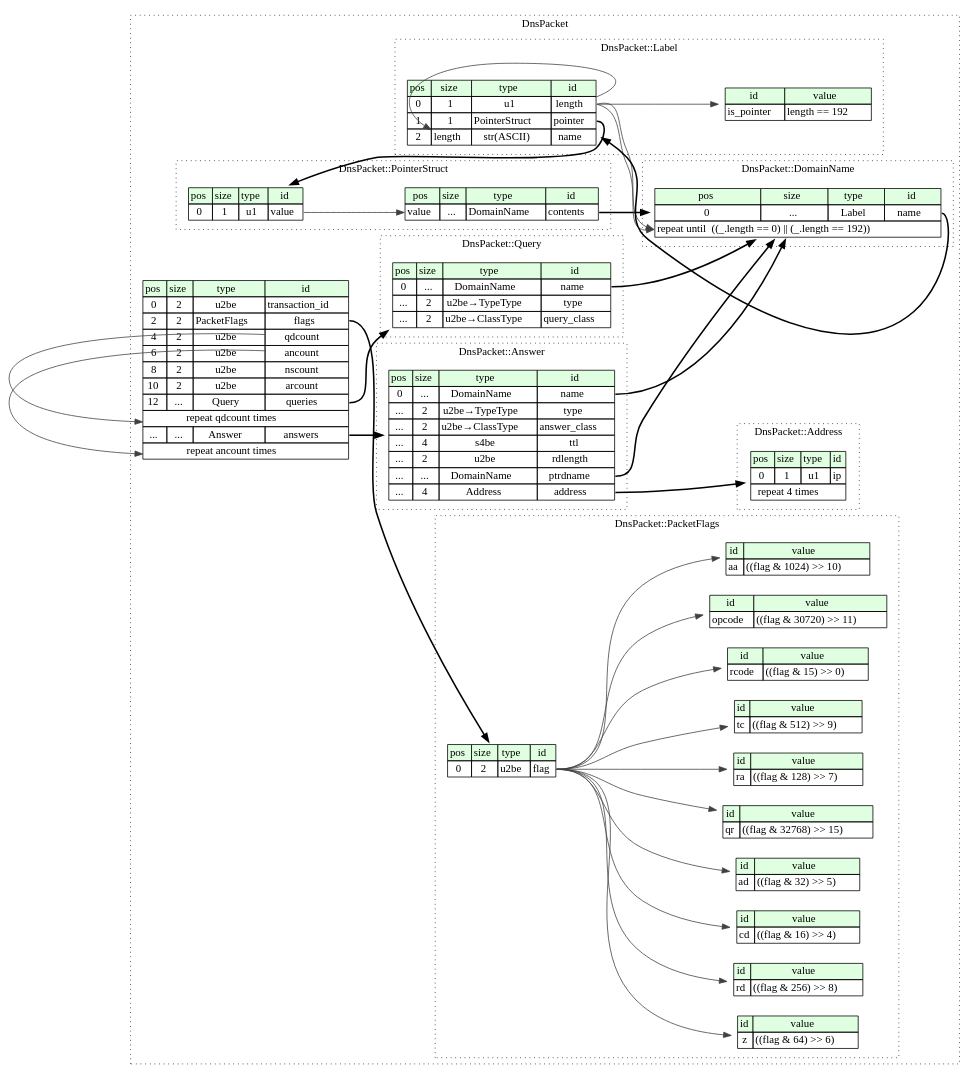
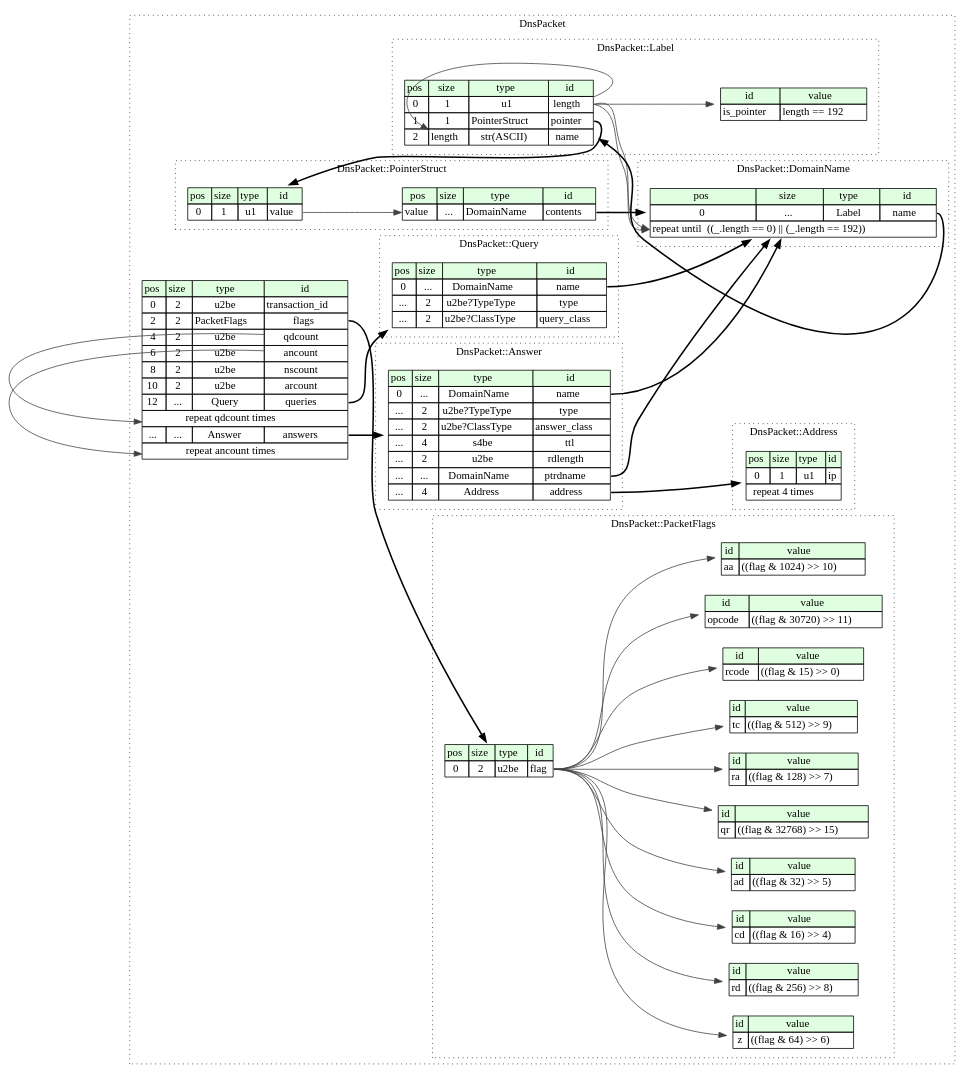
Before and after one commit to kaitai-io/formats-kaitai-io.github.io: the diagram in dns_packet/src/graphviz/dns_packet.dot, drawn with Graphviz. The commit also changed 589 other files, not shown here.

```diff
--- a/dns_packet/src/graphviz/dns_packet.dot
+++ b/dns_packet/src/graphviz/dns_packet.dot
@@ -1,172 +1,172 @@
 digraph {
 	rankdir=LR;
 	node [shape=plaintext];
 	subgraph cluster__dns_packet {
 		label="DnsPacket";
 		graph[style=dotted];
 
 		dns_packet__seq [label=<<TABLE BORDER="0" CELLBORDER="1" CELLSPACING="0">
 			<TR><TD BGCOLOR="#E0FFE0">pos</TD><TD BGCOLOR="#E0FFE0">size</TD><TD BGCOLOR="#E0FFE0">type</TD><TD BGCOLOR="#E0FFE0">id</TD></TR>
 			<TR><TD PORT="transaction_id_pos">0</TD><TD PORT="transaction_id_size">2</TD><TD>u2be</TD><TD PORT="transaction_id_type">transaction_id</TD></TR>
 			<TR><TD PORT="flags_pos">2</TD><TD PORT="flags_size">2</TD><TD>PacketFlags</TD><TD PORT="flags_type">flags</TD></TR>
 			<TR><TD PORT="qdcount_pos">4</TD><TD PORT="qdcount_size">2</TD><TD>u2be</TD><TD PORT="qdcount_type">qdcount</TD></TR>
 			<TR><TD PORT="ancount_pos">6</TD><TD PORT="ancount_size">2</TD><TD>u2be</TD><TD PORT="ancount_type">ancount</TD></TR>
 			<TR><TD PORT="nscount_pos">8</TD><TD PORT="nscount_size">2</TD><TD>u2be</TD><TD PORT="nscount_type">nscount</TD></TR>
 			<TR><TD PORT="arcount_pos">10</TD><TD PORT="arcount_size">2</TD><TD>u2be</TD><TD PORT="arcount_type">arcount</TD></TR>
 			<TR><TD PORT="queries_pos">12</TD><TD PORT="queries_size">...</TD><TD>Query</TD><TD PORT="queries_type">queries</TD></TR>
 			<TR><TD COLSPAN="4" PORT="queries__repeat">repeat qdcount times</TD></TR>
 			<TR><TD PORT="answers_pos">...</TD><TD PORT="answers_size">...</TD><TD>Answer</TD><TD PORT="answers_type">answers</TD></TR>
 			<TR><TD COLSPAN="4" PORT="answers__repeat">repeat ancount times</TD></TR>
 		</TABLE>>];
 		subgraph cluster__pointer_struct {
 			label="DnsPacket::PointerStruct";
 			graph[style=dotted];
 
 			pointer_struct__seq [label=<<TABLE BORDER="0" CELLBORDER="1" CELLSPACING="0">
 				<TR><TD BGCOLOR="#E0FFE0">pos</TD><TD BGCOLOR="#E0FFE0">size</TD><TD BGCOLOR="#E0FFE0">type</TD><TD BGCOLOR="#E0FFE0">id</TD></TR>
 				<TR><TD PORT="value_pos">0</TD><TD PORT="value_size">1</TD><TD>u1</TD><TD PORT="value_type">value</TD></TR>
 			</TABLE>>];
 			pointer_struct__inst__contents [label=<<TABLE BORDER="0" CELLBORDER="1" CELLSPACING="0">
 				<TR><TD BGCOLOR="#E0FFE0">pos</TD><TD BGCOLOR="#E0FFE0">size</TD><TD BGCOLOR="#E0FFE0">type</TD><TD BGCOLOR="#E0FFE0">id</TD></TR>
 				<TR><TD PORT="contents_pos">value</TD><TD PORT="contents_size">...</TD><TD>DomainName</TD><TD PORT="contents_type">contents</TD></TR>
 			</TABLE>>];
 		}
 		subgraph cluster__label {
 			label="DnsPacket::Label";
 			graph[style=dotted];
 
 			label__seq [label=<<TABLE BORDER="0" CELLBORDER="1" CELLSPACING="0">
 				<TR><TD BGCOLOR="#E0FFE0">pos</TD><TD BGCOLOR="#E0FFE0">size</TD><TD BGCOLOR="#E0FFE0">type</TD><TD BGCOLOR="#E0FFE0">id</TD></TR>
 				<TR><TD PORT="length_pos">0</TD><TD PORT="length_size">1</TD><TD>u1</TD><TD PORT="length_type">length</TD></TR>
 				<TR><TD PORT="pointer_pos">1</TD><TD PORT="pointer_size">1</TD><TD>PointerStruct</TD><TD PORT="pointer_type">pointer</TD></TR>
 				<TR><TD PORT="name_pos">2</TD><TD PORT="name_size">length</TD><TD>str(ASCII)</TD><TD PORT="name_type">name</TD></TR>
 			</TABLE>>];
 			label__inst__is_pointer [label=<<TABLE BORDER="0" CELLBORDER="1" CELLSPACING="0">
 				<TR><TD BGCOLOR="#E0FFE0">id</TD><TD BGCOLOR="#E0FFE0">value</TD></TR>
 				<TR><TD>is_pointer</TD><TD>length == 192</TD></TR>
 			</TABLE>>];
 		}
 		subgraph cluster__query {
 			label="DnsPacket::Query";
 			graph[style=dotted];
 
 			query__seq [label=<<TABLE BORDER="0" CELLBORDER="1" CELLSPACING="0">
 				<TR><TD BGCOLOR="#E0FFE0">pos</TD><TD BGCOLOR="#E0FFE0">size</TD><TD BGCOLOR="#E0FFE0">type</TD><TD BGCOLOR="#E0FFE0">id</TD></TR>
 				<TR><TD PORT="name_pos">0</TD><TD PORT="name_size">...</TD><TD>DomainName</TD><TD PORT="name_type">name</TD></TR>
-				<TR><TD PORT="type_pos">...</TD><TD PORT="type_size">2</TD><TD>u2be→TypeType</TD><TD PORT="type_type">type</TD></TR>
-				<TR><TD PORT="query_class_pos">...</TD><TD PORT="query_class_size">2</TD><TD>u2be→ClassType</TD><TD PORT="query_class_type">query_class</TD></TR>
+				<TR><TD PORT="type_pos">...</TD><TD PORT="type_size">2</TD><TD>u2be?TypeType</TD><TD PORT="type_type">type</TD></TR>
+				<TR><TD PORT="query_class_pos">...</TD><TD PORT="query_class_size">2</TD><TD>u2be?ClassType</TD><TD PORT="query_class_type">query_class</TD></TR>
 			</TABLE>>];
 		}
 		subgraph cluster__domain_name {
 			label="DnsPacket::DomainName";
 			graph[style=dotted];
 
 			domain_name__seq [label=<<TABLE BORDER="0" CELLBORDER="1" CELLSPACING="0">
 				<TR><TD BGCOLOR="#E0FFE0">pos</TD><TD BGCOLOR="#E0FFE0">size</TD><TD BGCOLOR="#E0FFE0">type</TD><TD BGCOLOR="#E0FFE0">id</TD></TR>
 				<TR><TD PORT="name_pos">0</TD><TD PORT="name_size">...</TD><TD>Label</TD><TD PORT="name_type">name</TD></TR>
 				<TR><TD COLSPAN="4" PORT="name__repeat">repeat until  ((_.length == 0) || (_.length == 192)) </TD></TR>
 			</TABLE>>];
 		}
 		subgraph cluster__address {
 			label="DnsPacket::Address";
 			graph[style=dotted];
 
 			address__seq [label=<<TABLE BORDER="0" CELLBORDER="1" CELLSPACING="0">
 				<TR><TD BGCOLOR="#E0FFE0">pos</TD><TD BGCOLOR="#E0FFE0">size</TD><TD BGCOLOR="#E0FFE0">type</TD><TD BGCOLOR="#E0FFE0">id</TD></TR>
 				<TR><TD PORT="ip_pos">0</TD><TD PORT="ip_size">1</TD><TD>u1</TD><TD PORT="ip_type">ip</TD></TR>
 				<TR><TD COLSPAN="4" PORT="ip__repeat">repeat 4 times</TD></TR>
 			</TABLE>>];
 		}
 		subgraph cluster__answer {
 			label="DnsPacket::Answer";
 			graph[style=dotted];
 
 			answer__seq [label=<<TABLE BORDER="0" CELLBORDER="1" CELLSPACING="0">
 				<TR><TD BGCOLOR="#E0FFE0">pos</TD><TD BGCOLOR="#E0FFE0">size</TD><TD BGCOLOR="#E0FFE0">type</TD><TD BGCOLOR="#E0FFE0">id</TD></TR>
 				<TR><TD PORT="name_pos">0</TD><TD PORT="name_size">...</TD><TD>DomainName</TD><TD PORT="name_type">name</TD></TR>
-				<TR><TD PORT="type_pos">...</TD><TD PORT="type_size">2</TD><TD>u2be→TypeType</TD><TD PORT="type_type">type</TD></TR>
-				<TR><TD PORT="answer_class_pos">...</TD><TD PORT="answer_class_size">2</TD><TD>u2be→ClassType</TD><TD PORT="answer_class_type">answer_class</TD></TR>
+				<TR><TD PORT="type_pos">...</TD><TD PORT="type_size">2</TD><TD>u2be?TypeType</TD><TD PORT="type_type">type</TD></TR>
+				<TR><TD PORT="answer_class_pos">...</TD><TD PORT="answer_class_size">2</TD><TD>u2be?ClassType</TD><TD PORT="answer_class_type">answer_class</TD></TR>
 				<TR><TD PORT="ttl_pos">...</TD><TD PORT="ttl_size">4</TD><TD>s4be</TD><TD PORT="ttl_type">ttl</TD></TR>
 				<TR><TD PORT="rdlength_pos">...</TD><TD PORT="rdlength_size">2</TD><TD>u2be</TD><TD PORT="rdlength_type">rdlength</TD></TR>
 				<TR><TD PORT="ptrdname_pos">...</TD><TD PORT="ptrdname_size">...</TD><TD>DomainName</TD><TD PORT="ptrdname_type">ptrdname</TD></TR>
 				<TR><TD PORT="address_pos">...</TD><TD PORT="address_size">4</TD><TD>Address</TD><TD PORT="address_type">address</TD></TR>
 			</TABLE>>];
 		}
 		subgraph cluster__packet_flags {
 			label="DnsPacket::PacketFlags";
 			graph[style=dotted];
 
 			packet_flags__seq [label=<<TABLE BORDER="0" CELLBORDER="1" CELLSPACING="0">
 				<TR><TD BGCOLOR="#E0FFE0">pos</TD><TD BGCOLOR="#E0FFE0">size</TD><TD BGCOLOR="#E0FFE0">type</TD><TD BGCOLOR="#E0FFE0">id</TD></TR>
 				<TR><TD PORT="flag_pos">0</TD><TD PORT="flag_size">2</TD><TD>u2be</TD><TD PORT="flag_type">flag</TD></TR>
 			</TABLE>>];
 			packet_flags__inst__qr [label=<<TABLE BORDER="0" CELLBORDER="1" CELLSPACING="0">
 				<TR><TD BGCOLOR="#E0FFE0">id</TD><TD BGCOLOR="#E0FFE0">value</TD></TR>
 				<TR><TD>qr</TD><TD>((flag &amp; 32768) &gt;&gt; 15)</TD></TR>
 			</TABLE>>];
 			packet_flags__inst__ra [label=<<TABLE BORDER="0" CELLBORDER="1" CELLSPACING="0">
 				<TR><TD BGCOLOR="#E0FFE0">id</TD><TD BGCOLOR="#E0FFE0">value</TD></TR>
 				<TR><TD>ra</TD><TD>((flag &amp; 128) &gt;&gt; 7)</TD></TR>
 			</TABLE>>];
 			packet_flags__inst__tc [label=<<TABLE BORDER="0" CELLBORDER="1" CELLSPACING="0">
 				<TR><TD BGCOLOR="#E0FFE0">id</TD><TD BGCOLOR="#E0FFE0">value</TD></TR>
 				<TR><TD>tc</TD><TD>((flag &amp; 512) &gt;&gt; 9)</TD></TR>
 			</TABLE>>];
 			packet_flags__inst__rcode [label=<<TABLE BORDER="0" CELLBORDER="1" CELLSPACING="0">
 				<TR><TD BGCOLOR="#E0FFE0">id</TD><TD BGCOLOR="#E0FFE0">value</TD></TR>
 				<TR><TD>rcode</TD><TD>((flag &amp; 15) &gt;&gt; 0)</TD></TR>
 			</TABLE>>];
 			packet_flags__inst__opcode [label=<<TABLE BORDER="0" CELLBORDER="1" CELLSPACING="0">
 				<TR><TD BGCOLOR="#E0FFE0">id</TD><TD BGCOLOR="#E0FFE0">value</TD></TR>
 				<TR><TD>opcode</TD><TD>((flag &amp; 30720) &gt;&gt; 11)</TD></TR>
 			</TABLE>>];
 			packet_flags__inst__aa [label=<<TABLE BORDER="0" CELLBORDER="1" CELLSPACING="0">
 				<TR><TD BGCOLOR="#E0FFE0">id</TD><TD BGCOLOR="#E0FFE0">value</TD></TR>
 				<TR><TD>aa</TD><TD>((flag &amp; 1024) &gt;&gt; 10)</TD></TR>
 			</TABLE>>];
 			packet_flags__inst__z [label=<<TABLE BORDER="0" CELLBORDER="1" CELLSPACING="0">
 				<TR><TD BGCOLOR="#E0FFE0">id</TD><TD BGCOLOR="#E0FFE0">value</TD></TR>
 				<TR><TD>z</TD><TD>((flag &amp; 64) &gt;&gt; 6)</TD></TR>
 			</TABLE>>];
 			packet_flags__inst__rd [label=<<TABLE BORDER="0" CELLBORDER="1" CELLSPACING="0">
 				<TR><TD BGCOLOR="#E0FFE0">id</TD><TD BGCOLOR="#E0FFE0">value</TD></TR>
 				<TR><TD>rd</TD><TD>((flag &amp; 256) &gt;&gt; 8)</TD></TR>
 			</TABLE>>];
 			packet_flags__inst__cd [label=<<TABLE BORDER="0" CELLBORDER="1" CELLSPACING="0">
 				<TR><TD BGCOLOR="#E0FFE0">id</TD><TD BGCOLOR="#E0FFE0">value</TD></TR>
 				<TR><TD>cd</TD><TD>((flag &amp; 16) &gt;&gt; 4)</TD></TR>
 			</TABLE>>];
 			packet_flags__inst__ad [label=<<TABLE BORDER="0" CELLBORDER="1" CELLSPACING="0">
 				<TR><TD BGCOLOR="#E0FFE0">id</TD><TD BGCOLOR="#E0FFE0">value</TD></TR>
 				<TR><TD>ad</TD><TD>((flag &amp; 32) &gt;&gt; 5)</TD></TR>
 			</TABLE>>];
 		}
 	}
 	dns_packet__seq:flags_type -> packet_flags__seq [style=bold];
 	dns_packet__seq:queries_type -> query__seq [style=bold];
 	dns_packet__seq:qdcount_type -> dns_packet__seq:queries__repeat [color="#404040"];
 	dns_packet__seq:answers_type -> answer__seq [style=bold];
 	dns_packet__seq:ancount_type -> dns_packet__seq:answers__repeat [color="#404040"];
 	pointer_struct__seq:value_type -> pointer_struct__inst__contents:contents_pos [color="#404040"];
 	pointer_struct__inst__contents:contents_type -> domain_name__seq [style=bold];
 	label__seq:pointer_type -> pointer_struct__seq [style=bold];
 	label__seq:length_type -> label__seq:name_size [color="#404040"];
 	label__seq:length_type -> label__inst__is_pointer [color="#404040"];
 	query__seq:name_type -> domain_name__seq [style=bold];
 	domain_name__seq:name_type -> label__seq [style=bold];
 	label__seq:length_type -> domain_name__seq:name__repeat [color="#404040"];
 	label__seq:length_type -> domain_name__seq:name__repeat [color="#404040"];
 	answer__seq:name_type -> domain_name__seq [style=bold];
 	answer__seq:ptrdname_type -> domain_name__seq [style=bold];
 	answer__seq:address_type -> address__seq [style=bold];
 	packet_flags__seq:flag_type -> packet_flags__inst__qr [color="#404040"];
 	packet_flags__seq:flag_type -> packet_flags__inst__ra [color="#404040"];
 	packet_flags__seq:flag_type -> packet_flags__inst__tc [color="#404040"];
 	packet_flags__seq:flag_type -> packet_flags__inst__rcode [color="#404040"];
 	packet_flags__seq:flag_type -> packet_flags__inst__opcode [color="#404040"];
 	packet_flags__seq:flag_type -> packet_flags__inst__aa [color="#404040"];
 	packet_flags__seq:flag_type -> packet_flags__inst__z [color="#404040"];
 	packet_flags__seq:flag_type -> packet_flags__inst__rd [color="#404040"];
 	packet_flags__seq:flag_type -> packet_flags__inst__cd [color="#404040"];
 	packet_flags__seq:flag_type -> packet_flags__inst__ad [color="#404040"];
 }
```
